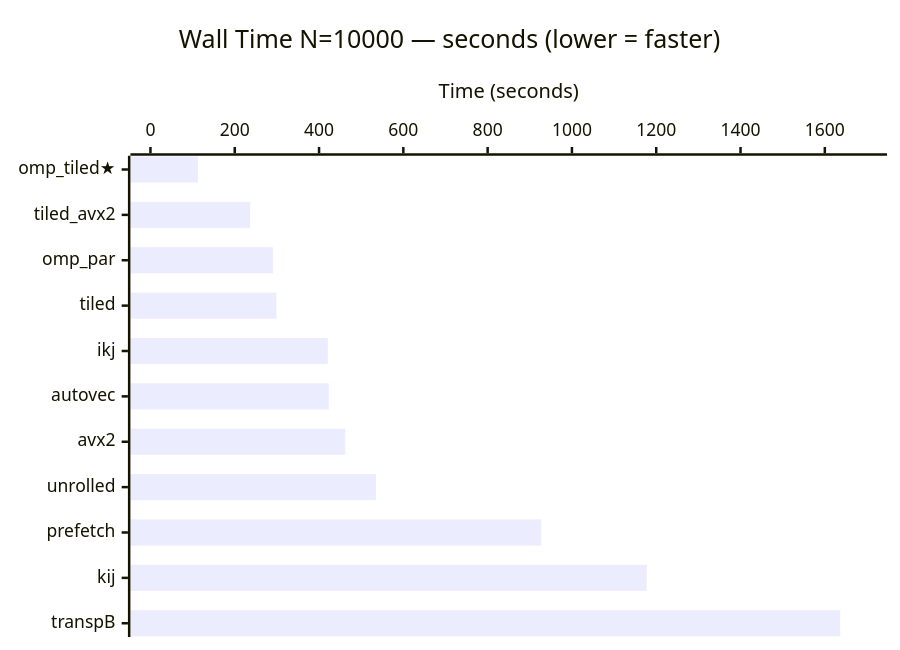
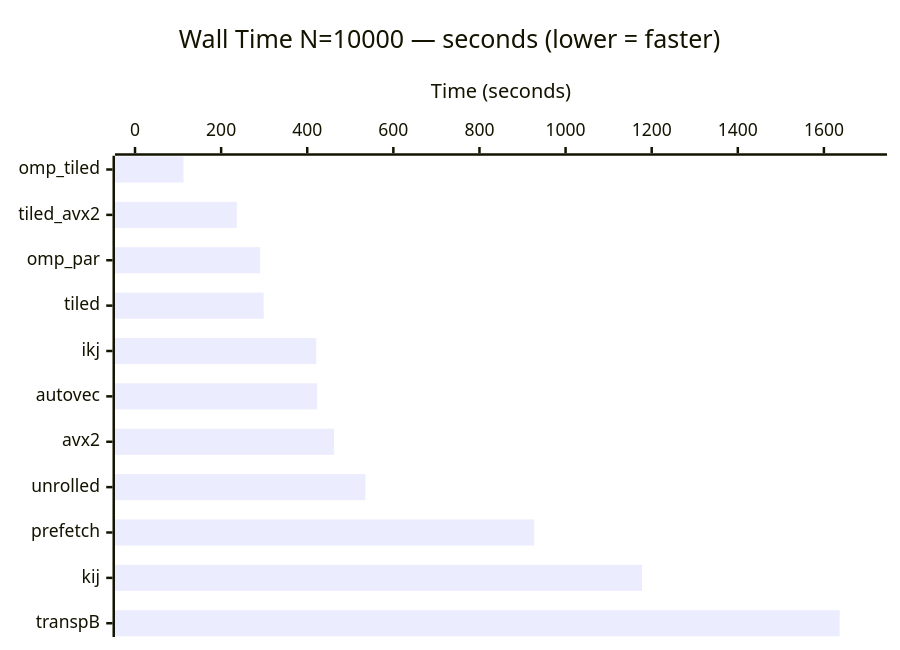
Before and after one commit to KathpaliaChirag/Nanopore-project: the ninth of 30 diagrams in tables_and_graphs.md, drawn with Mermaid. The commit also changed other lines of this file and 15 other files, not shown here.

````diff
--- a/tables_and_graphs.md
+++ b/tables_and_graphs.md
@@ -183,7 +183,7 @@
 ```mermaid
 xychart-beta horizontal
     title "Wall Time N=10000 — seconds (lower = faster)"
-    x-axis ["omp_tiled★", "tiled_avx2", "omp_par", "tiled", "ikj", "autovec", "avx2", "unrolled", "prefetch", "kij", "transpB"]
+    x-axis ["omp_tiled", "tiled_avx2", "omp_par", "tiled", "ikj", "autovec", "avx2", "unrolled", "prefetch", "kij", "transpB"]
     y-axis "Time (seconds)" 0 --> 1700
     bar [112.5, 236.5, 290.7, 298.8, 420.8, 423.1, 462.4, 535.3, 927.1, 1177.6, 1636.6]
 ```
````
